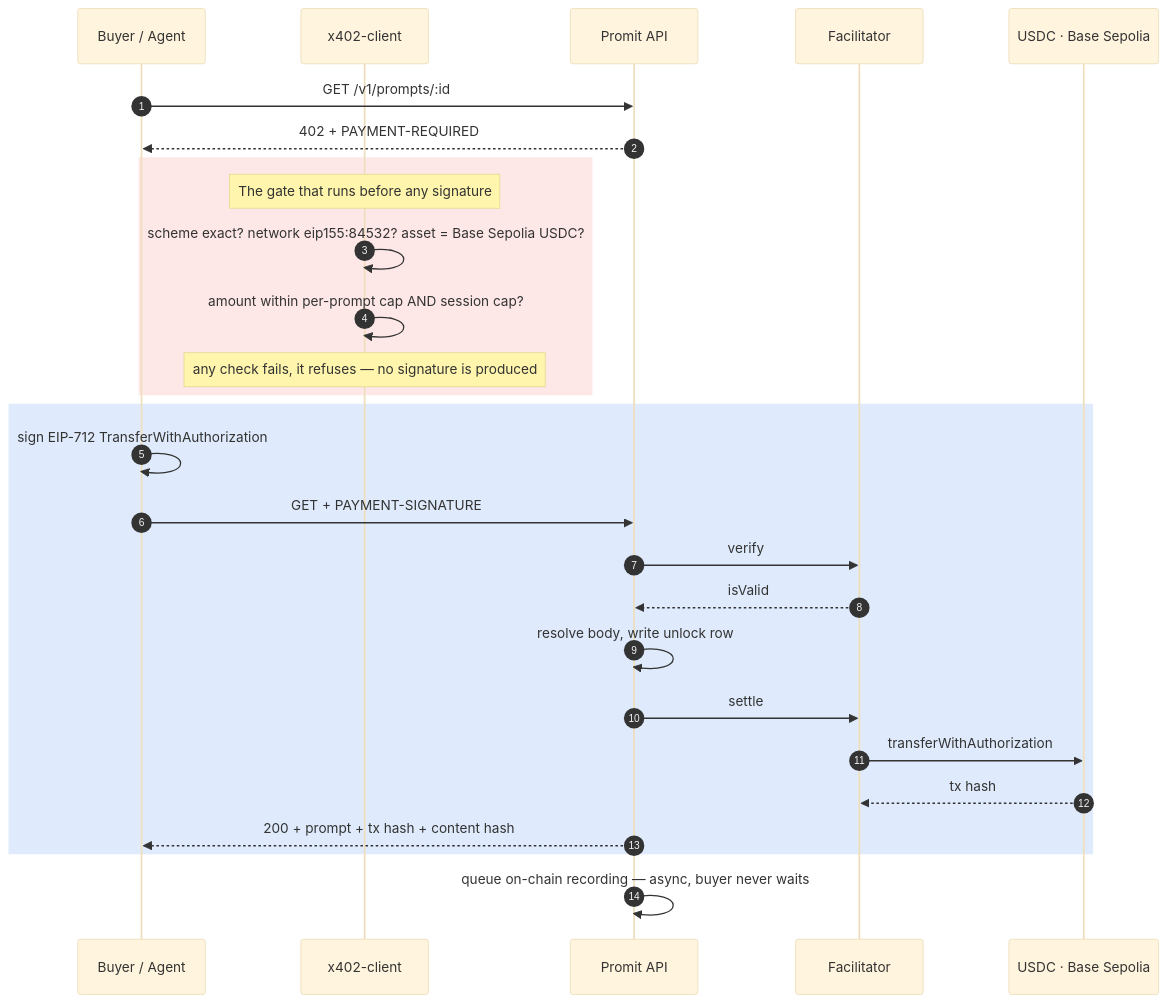
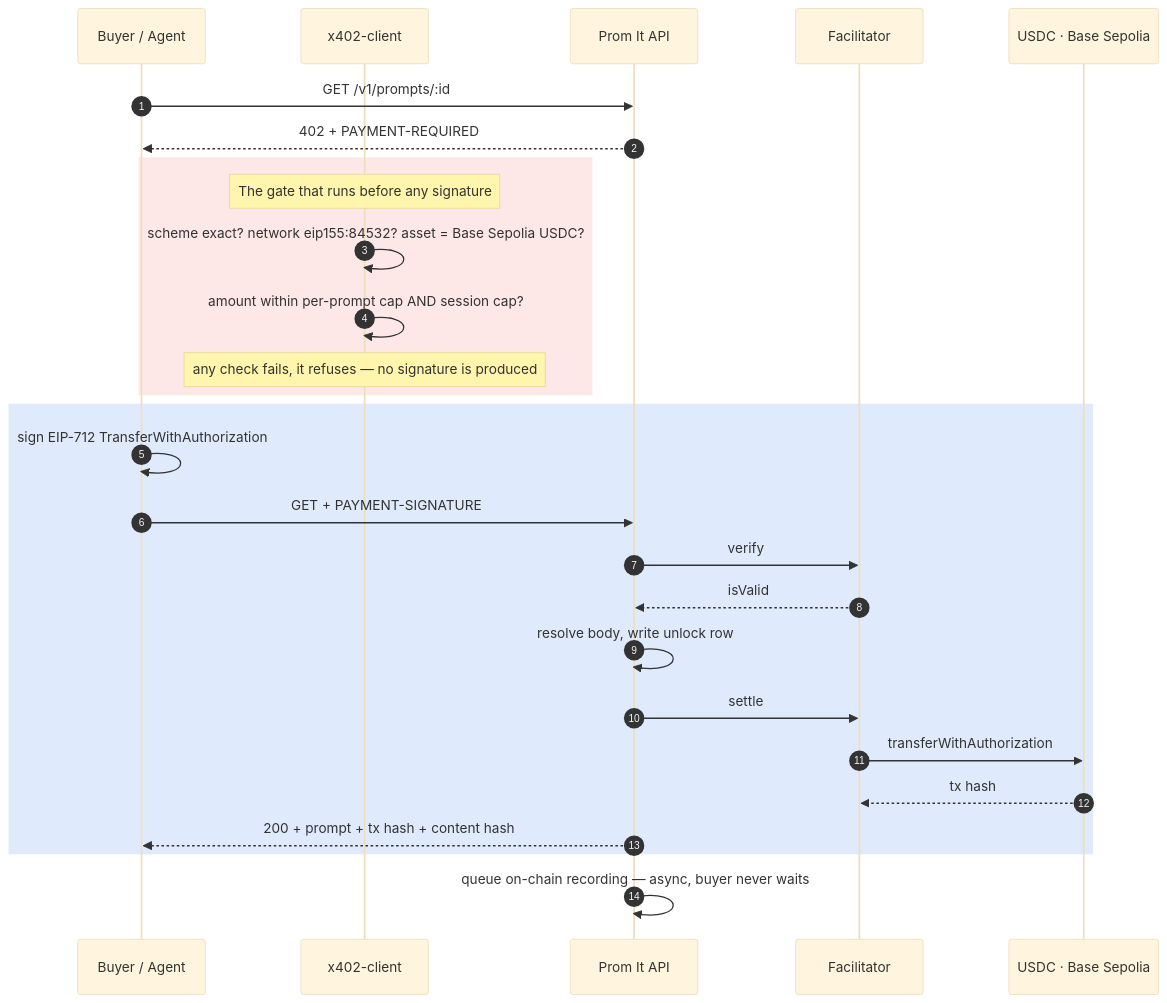
Before and after one commit to Lexirieru/promit: the diagram in README.md, drawn with Mermaid (base theme). The commit also changed other lines of this file and 5 other files, not shown here.

````diff
--- a/README.md
+++ b/README.md
@@ -110,33 +110,33 @@
 ```mermaid
 sequenceDiagram
     autonumber
     participant C as Buyer / Agent
     participant X as x402-client
-    participant A as Promit API
+    participant A as Prom It API
     participant F as Facilitator
     participant U as USDC · Base Sepolia
 
     C->>A: GET /v1/prompts/:id
     A-->>C: 402 + PAYMENT-REQUIRED
 
     rect rgba(248, 81, 73, 0.13)
     Note over X: The gate that runs before any signature
     X->>X: scheme exact? network eip155:84532? asset = Base Sepolia USDC?
     X->>X: amount within per-prompt cap AND session cap?
     Note over X: any check fails, it refuses — no signature is produced
     end
 
     rect rgba(31, 111, 235, 0.14)
     C->>C: sign EIP-712 TransferWithAuthorization
     C->>A: GET + PAYMENT-SIGNATURE
     A->>F: verify
     F-->>A: isValid
     A->>A: resolve body, write unlock row
     A->>F: settle
     F->>U: transferWithAuthorization
     U-->>F: tx hash
     A-->>C: 200 + prompt + tx hash + content hash
     end
 
     A->>A: queue on-chain recording — async, buyer never waits
 ```
````
